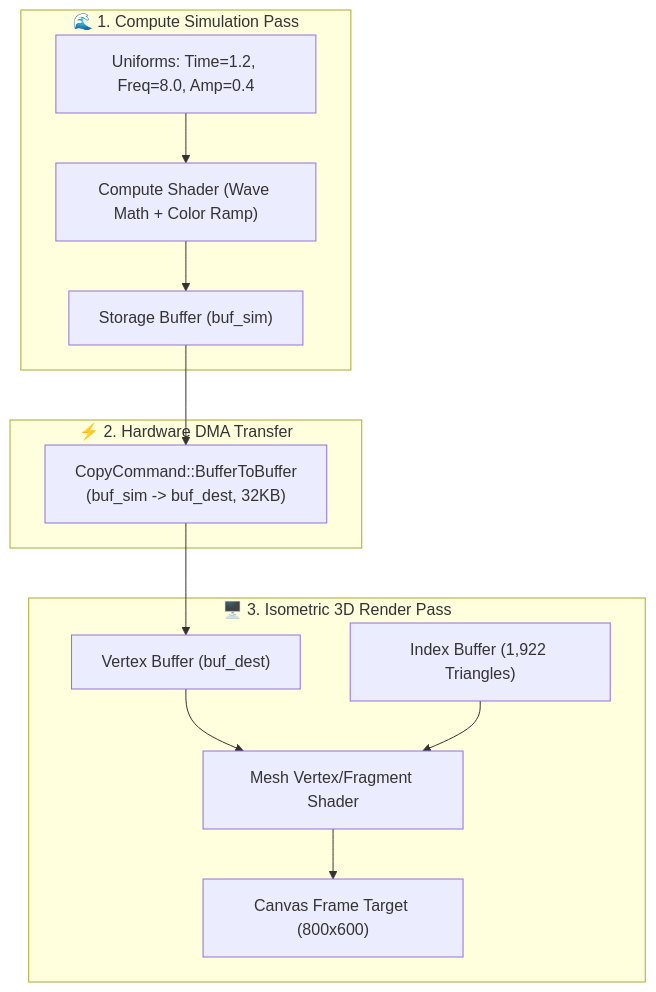
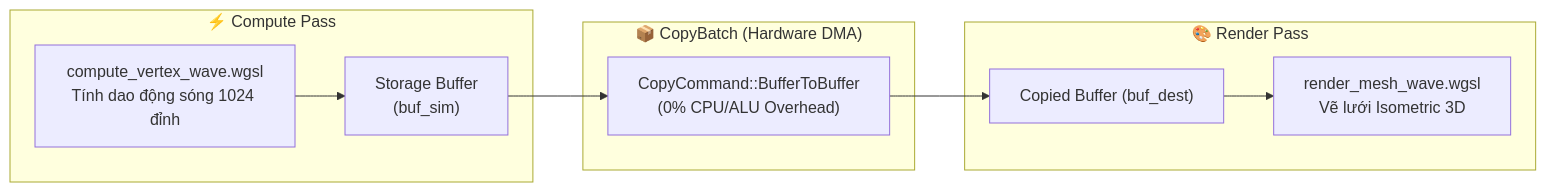
The diagram in crates/ifol-gpu/tests/reports/tc102_buffer_copy_report.md (danphong23/ifol-animation), drawn with Mermaid before and after one commit. The commit also changed other lines of this file and 110 other files, not shown here.

````diff
--- a/crates/ifol-gpu/tests/reports/tc102_buffer_copy_report.md
+++ b/crates/ifol-gpu/tests/reports/tc102_buffer_copy_report.md
@@ -19,26 +19,20 @@
 ```mermaid
-flowchart TD
-    subgraph Compute_Pass["🌊 1. Compute Simulation Pass"]
-        PARAMS["Uniforms: Time=1.2, Freq=8.0, Amp=0.4"]
-        CS["Compute Shader (Wave Math + Color Ramp)"]
-        BUF_SIM["Storage Buffer (buf_sim)"]
-        PARAMS --> CS --> BUF_SIM
+flowchart LR
+    subgraph Compute_Pass["⚡ Compute Pass"]
+        SIM["compute_vertex_wave.wgsl<br/>Tính dao động sóng 1024 đỉnh"]
+        BUF_SIM["Storage Buffer<br/>(buf_sim)"]
+        SIM --> BUF_SIM
     end
 
-    subgraph DMA_Transfer["⚡ 2. Hardware DMA Transfer"]
-        DMA["CopyCommand::BufferToBuffer<br/>(buf_sim -> buf_dest, 32KB)"]
+    subgraph DMA_Copy["📦 CopyBatch (Hardware DMA)"]
+        DMA["CopyCommand::BufferToBuffer<br/>(0% CPU/ALU Overhead)"]
         BUF_SIM --> DMA
     end
 
-    subgraph Render_Pass["🖥️ 3. Isometric 3D Render Pass"]
-        BUF_DEST["Vertex Buffer (buf_dest)"]
-        IBO["Index Buffer (1,922 Triangles)"]
-        RS["Mesh Vertex/Fragment Shader"]
-        CANVAS["Canvas Frame Target (800x600)"]
-        
-        DMA --> BUF_DEST
-        BUF_DEST --> RS
-        IBO --> RS
-        RS --> CANVAS
+    subgraph Render_Pass["🎨 Render Pass"]
+        VBO["Copied Buffer (buf_dest)"]
+        MESH["render_mesh_wave.wgsl<br/>Vẽ lưới Isometric 3D"]
+        DMA --> VBO
+        VBO --> MESH
     end
 ```
````
